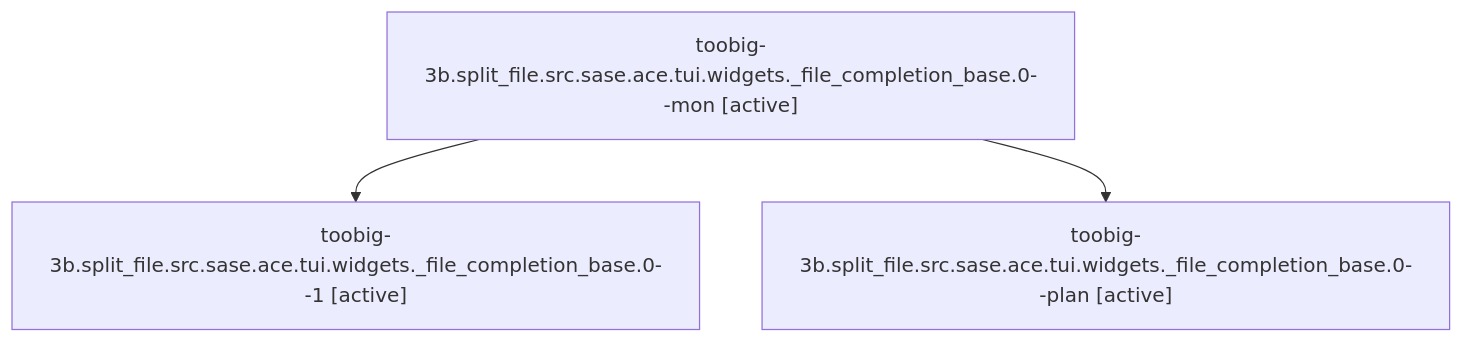
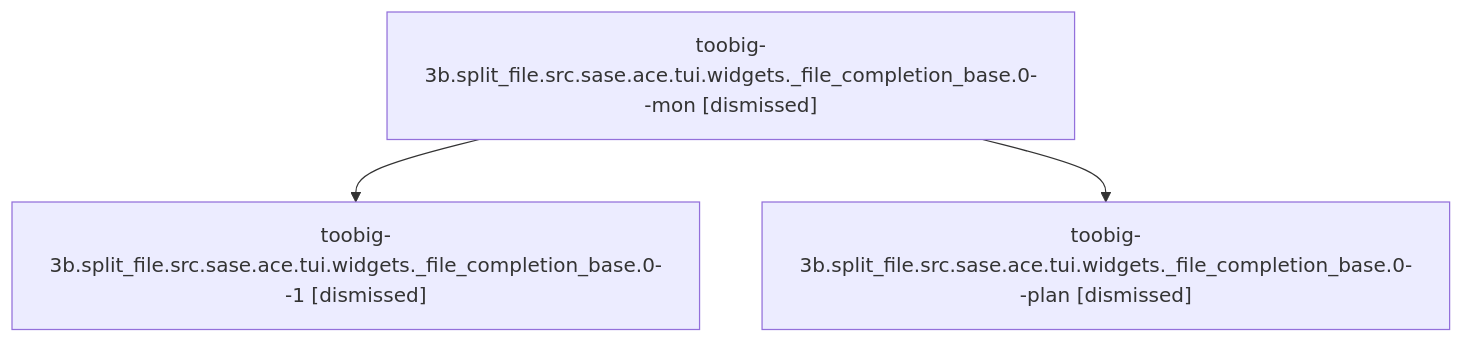
The diagram in sessions/bbugyi200.athena.toobig-3b.split_file.src.sase.ace.tui.widgets._file_completion_base.0.md (sase-org/sase--agents), drawn with Mermaid before and after one commit. The commit also changed other lines of this file and 88 other files, not shown here.

````diff
--- a/sessions/bbugyi200.athena.toobig-3b.split_file.src.sase.ace.tui.widgets._file_completion_base.0.md
+++ b/sessions/bbugyi200.athena.toobig-3b.split_file.src.sase.ace.tui.widgets._file_completion_base.0.md
@@ -9,8 +9,8 @@
 ```mermaid
 flowchart TD
-  n0["toobig-3b.split_file.src.sase.ace.tui.widgets._file_completion_base.0--mon [active]"]
-  n1["toobig-3b.split_file.src.sase.ace.tui.widgets._file_completion_base.0--1 [active]"]
+  n0["toobig-3b.split_file.src.sase.ace.tui.widgets._file_completion_base.0--mon [dismissed]"]
+  n1["toobig-3b.split_file.src.sase.ace.tui.widgets._file_completion_base.0--1 [dismissed]"]
   n0 --> n1
-  n2["toobig-3b.split_file.src.sase.ace.tui.widgets._file_completion_base.0--plan [active]"]
+  n2["toobig-3b.split_file.src.sase.ace.tui.widgets._file_completion_base.0--plan [dismissed]"]
   n0 --> n2
 ```
````
